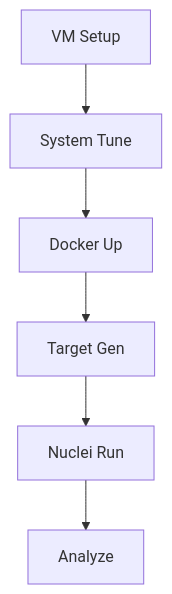
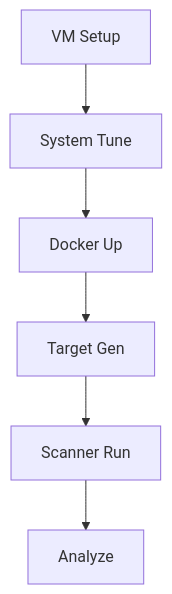
Before and after one commit to farefray/targets-farm: the diagram in README.md, drawn with Mermaid. The commit also changed other lines of this file, not shown here.

````diff
--- a/README.md
+++ b/README.md
@@ -91,8 +85,8 @@
 ```mermaid
 graph TD
     A[VM Setup] --> B[System Tune]
     B --> C[Docker Up]
     C --> D[Target Gen]
-    D --> E[Nuclei Run]
+    D --> E[Scanner Run]
     E --> F[Analyze]
 ```
````
